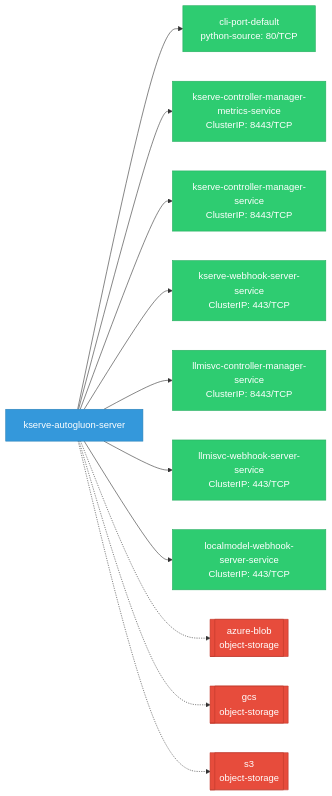
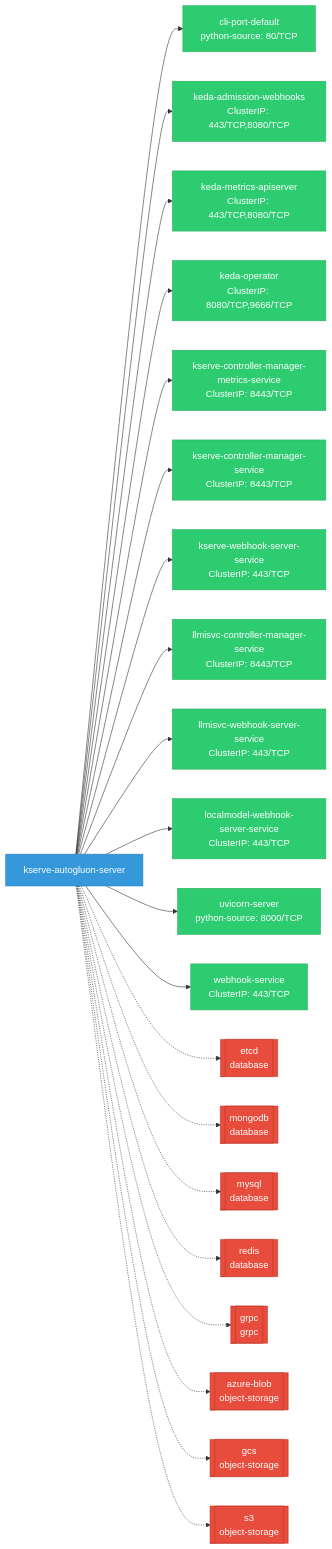
Before and after one commit to ugiordan/rhoai-architecture-analyzer: the diagram in site/docs/use-cases/odh-platform/components/kserve_autogluon_server/network.md, drawn with Mermaid. The commit also changed other lines of this file and 402 other files, not shown here.

````diff
--- a/site/docs/use-cases/odh-platform/components/kserve_autogluon_server/network.md
+++ b/site/docs/use-cases/odh-platform/components/kserve_autogluon_server/network.md
@@ -5,19 +7,29 @@
 ```mermaid
 graph LR
     classDef svc fill:#2ecc71,stroke:#27ae60,color:#fff
     classDef test fill:#95a5a6,stroke:#7f8c8d,color:#fff
     classDef component fill:#3498db,stroke:#2980b9,color:#fff
     classDef ext fill:#e74c3c,stroke:#c0392b,color:#fff
 
     kserve_autogluon_server["kserve-autogluon-server"]:::component
     kserve_autogluon_server --> svc_0["cli-port-default\npython-source: 80/TCP"]:::svc
-    kserve_autogluon_server --> svc_1["kserve-controller-manager-metrics-service\nClusterIP: 8443/TCP"]:::svc
-    kserve_autogluon_server --> svc_2["kserve-controller-manager-service\nClusterIP: 8443/TCP"]:::svc
-    kserve_autogluon_server --> svc_3["kserve-webhook-server-service\nClusterIP: 443/TCP"]:::svc
-    kserve_autogluon_server --> svc_4["llmisvc-controller-manager-service\nClusterIP: 8443/TCP"]:::svc
-    kserve_autogluon_server --> svc_5["llmisvc-webhook-server-service\nClusterIP: 443/TCP"]:::svc
-    kserve_autogluon_server --> svc_6["localmodel-webhook-server-service\nClusterIP: 443/TCP"]:::svc
+    kserve_autogluon_server --> svc_1["keda-admission-webhooks\nClusterIP: 443/TCP,8080/TCP"]:::svc
+    kserve_autogluon_server --> svc_2["keda-metrics-apiserver\nClusterIP: 443/TCP,8080/TCP"]:::svc
+    kserve_autogluon_server --> svc_3["keda-operator\nClusterIP: 8080/TCP,9666/TCP"]:::svc
+    kserve_autogluon_server --> svc_4["kserve-controller-manager-metrics-service\nClusterIP: 8443/TCP"]:::svc
+    kserve_autogluon_server --> svc_5["kserve-controller-manager-service\nClusterIP: 8443/TCP"]:::svc
+    kserve_autogluon_server --> svc_6["kserve-webhook-server-service\nClusterIP: 443/TCP"]:::svc
+    kserve_autogluon_server --> svc_7["llmisvc-controller-manager-service\nClusterIP: 8443/TCP"]:::svc
+    kserve_autogluon_server --> svc_8["llmisvc-webhook-server-service\nClusterIP: 443/TCP"]:::svc
+    kserve_autogluon_server --> svc_9["localmodel-webhook-server-service\nClusterIP: 443/TCP"]:::svc
+    kserve_autogluon_server --> svc_10["uvicorn-server\npython-source: 8000/TCP"]:::svc
+    kserve_autogluon_server --> svc_11["webhook-service\nClusterIP: 443/TCP"]:::svc
+    kserve_autogluon_server -.-> ext_etcd[["etcd\ndatabase"]]:::ext
+    kserve_autogluon_server -.-> ext_mongodb[["mongodb\ndatabase"]]:::ext
+    kserve_autogluon_server -.-> ext_mysql[["mysql\ndatabase"]]:::ext
+    kserve_autogluon_server -.-> ext_redis[["redis\ndatabase"]]:::ext
+    kserve_autogluon_server -.-> ext_grpc[["grpc\ngrpc"]]:::ext
     kserve_autogluon_server -.-> ext_azure_blob[["azure-blob\nobject-storage"]]:::ext
     kserve_autogluon_server -.-> ext_gcs[["gcs\nobject-storage"]]:::ext
     kserve_autogluon_server -.-> ext_s3[["s3\nobject-storage"]]:::ext
 ```
````
